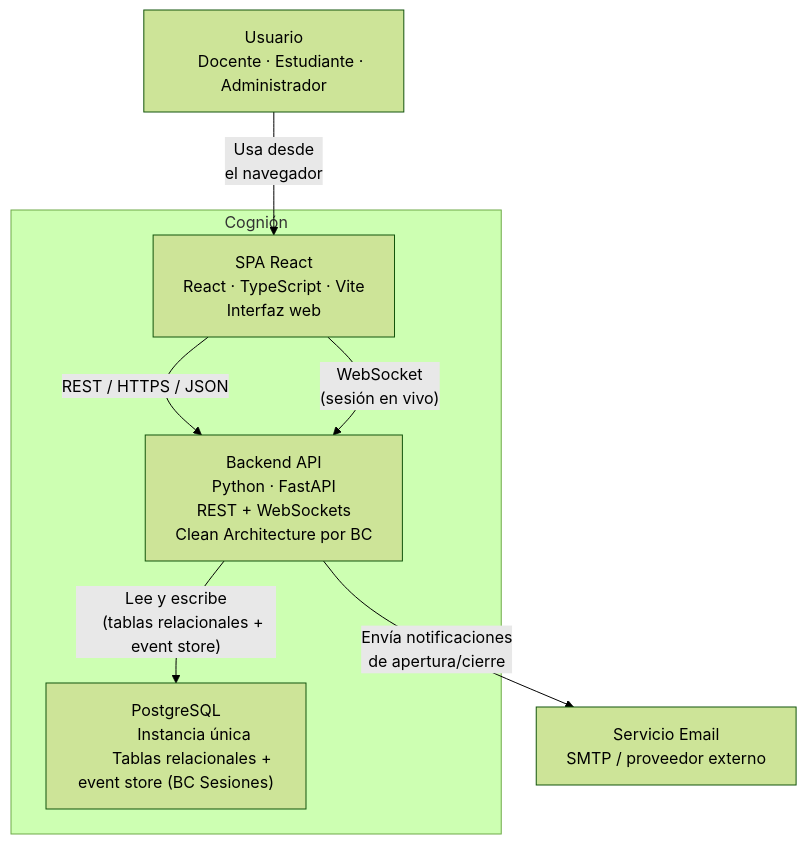
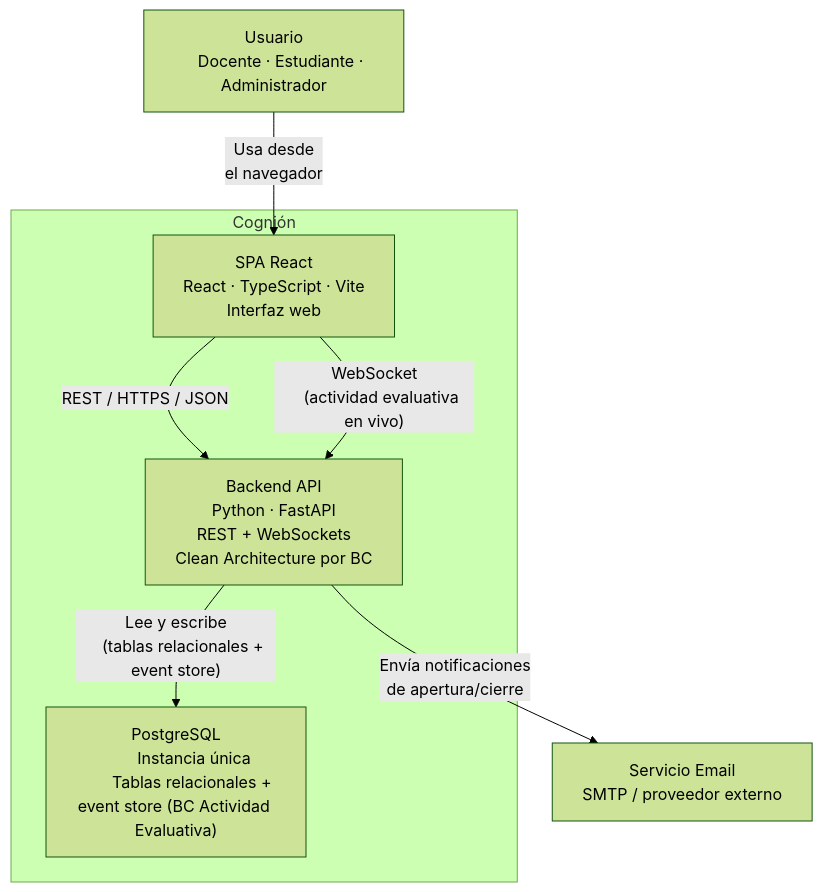
The diagram in docs/architecture/02-container-view.md (vvalotto/cognion), drawn with Mermaid (forest theme) before and after one commit. The commit also changed other lines of this file and 17 other files, not shown here.

First line of the commit message:
docs(cm): decisiones de arquitectura previas al Incremento 1 y renombre BC Actividad Evaluativa

````diff
--- a/docs/architecture/02-container-view.md
+++ b/docs/architecture/02-container-view.md
@@ -88,36 +90,36 @@
 ```mermaid
 flowchart TB
     usuario["Usuario
     Docente · Estudiante · Administrador"]
 
     subgraph cognion["Cognión"]
         spa["SPA React
         React · TypeScript · Vite
         Interfaz web"]
 
         api["Backend API
         Python · FastAPI
         REST + WebSockets
         Clean Architecture por BC"]
 
         db["PostgreSQL
         Instancia única
-        Tablas relacionales + event store (BC Sesiones)"]
+        Tablas relacionales + event store (BC Actividad Evaluativa)"]
     end
 
     email["Servicio Email
     SMTP / proveedor externo"]
 
     usuario -->|"Usa desde
     el navegador"| spa
 
     spa -->|"REST / HTTPS / JSON"| api
     spa -->|"WebSocket
-    (sesión en vivo)"| api
+    (actividad evaluativa en vivo)"| api
 
     api -->|"Lee y escribe
     (tablas relacionales + event store)"| db
 
     api -->|"Envía notificaciones
     de apertura/cierre"| email
 ```
````
